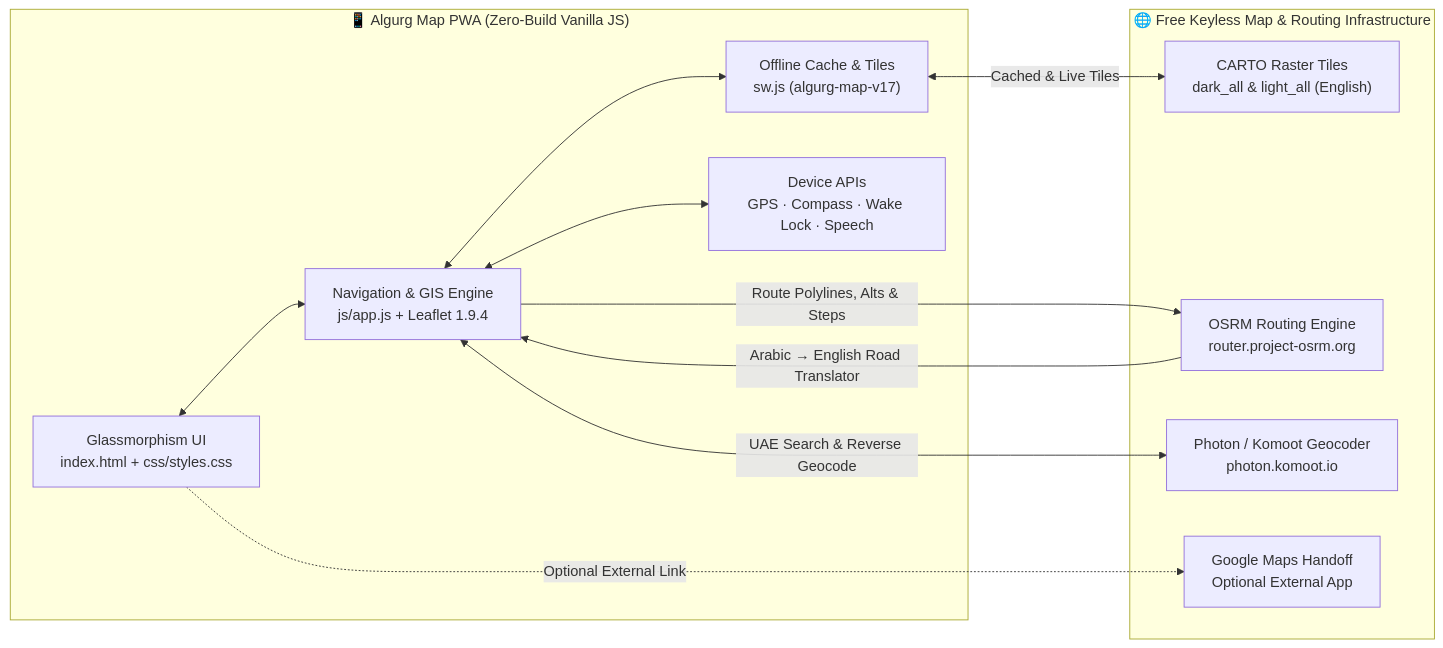
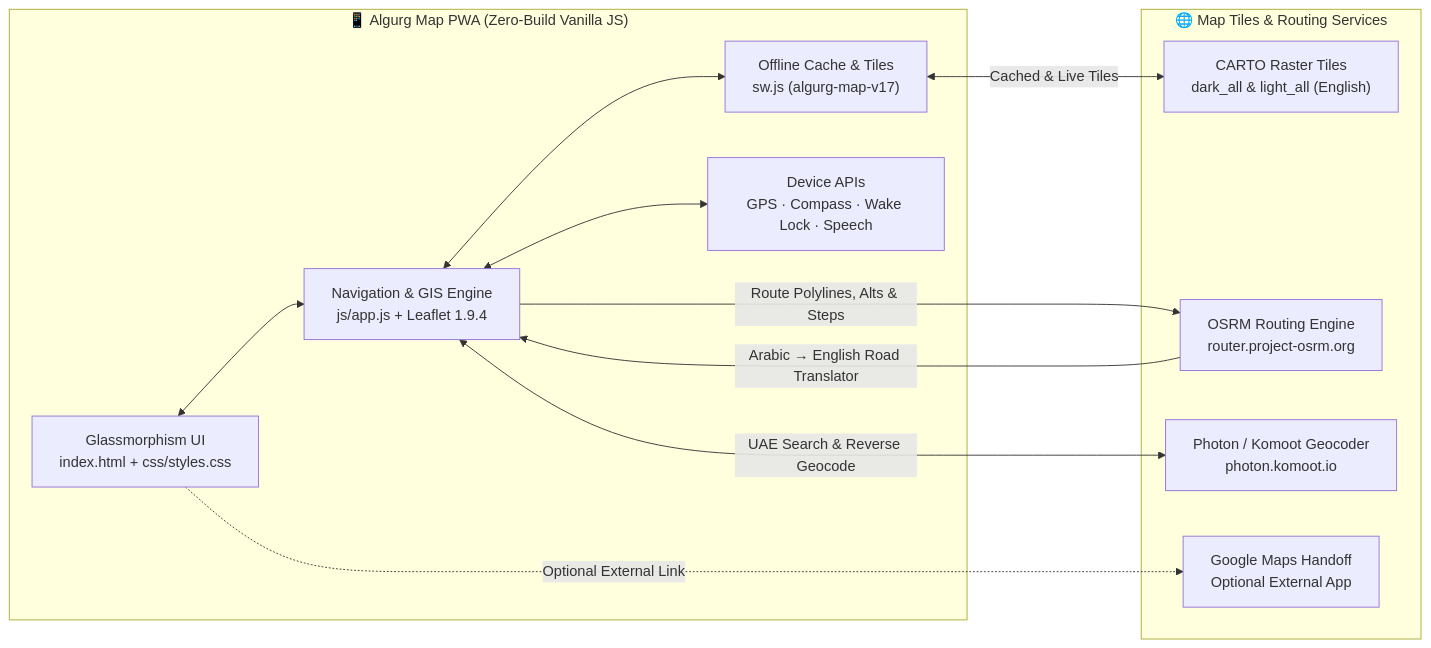
The first of 2 diagrams in README.md (githubbest729/agacmap), drawn with Mermaid before and after one commit. The commit also changed other lines of this file, not shown here.

````diff
--- a/README.md
+++ b/README.md
@@ -48,25 +51,25 @@
 ```mermaid
 flowchart LR
     subgraph Client["📱 Algurg Map PWA (Zero-Build Vanilla JS)"]
         UI["Glassmorphism UI<br/>index.html + css/styles.css"]
         Engine["Navigation & GIS Engine<br/>js/app.js + Leaflet 1.9.4"]
         SW["Offline Cache & Tiles<br/>sw.js (algurg-map-v17)"]
         HW["Device APIs<br/>GPS · Compass · Wake Lock · Speech"]
     end
 
-    subgraph Services["🌐 Free Keyless Map & Routing Infrastructure"]
+    subgraph Services["🌐 Map Tiles & Routing Services"]
         CARTO["CARTO Raster Tiles<br/>dark_all & light_all (English)"]
         OSRM["OSRM Routing Engine<br/>router.project-osrm.org"]
         Photon["Photon / Komoot Geocoder<br/>photon.komoot.io"]
         GMaps["Google Maps Handoff<br/>Optional External App"]
     end
 
     UI <--> Engine
     Engine <--> HW
     Engine <--> SW
     SW <-->|"Cached & Live Tiles"| CARTO
     Engine -->|"Route Polylines, Alts & Steps"| OSRM
     OSRM -->|"Arabic → English Road Translator"| Engine
     Engine <-->|"UAE Search & Reverse Geocode"| Photon
     UI -.->|"Optional External Link"| GMaps
 ```
````
